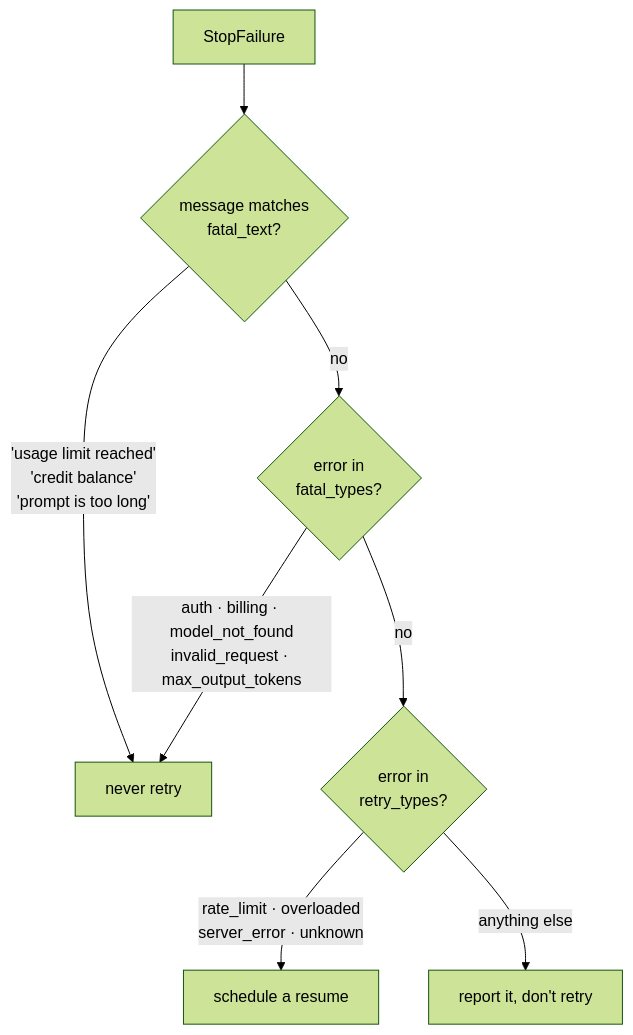
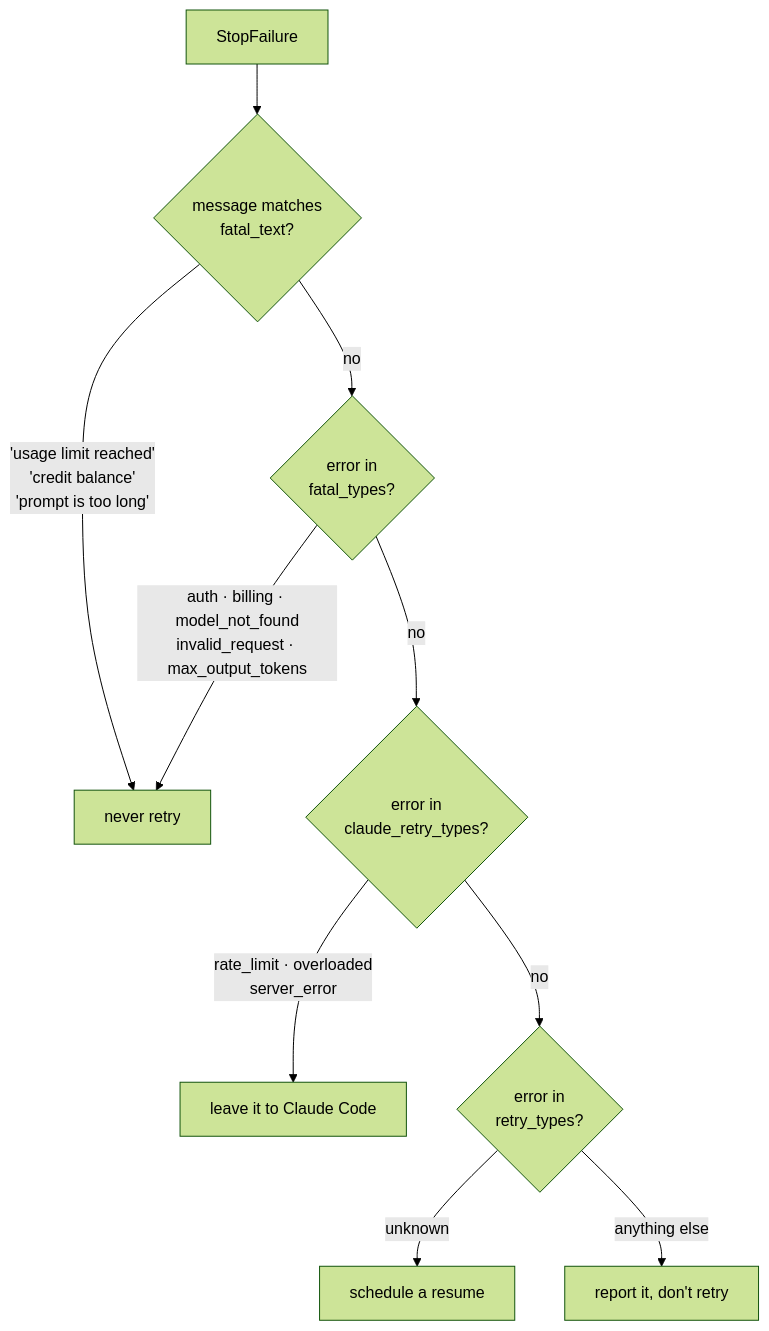
The fourth of 4 diagrams in README.md (fuadnafiz98/claude-watchdog), drawn with Mermaid (forest theme) before and after one commit. The commit also changed other lines of this file and 2 other files, not shown here.

First line of the commit message:
fix: leave to Claude Code the errors it already retries

````diff
--- a/README.md
+++ b/README.md
@@ -157,10 +157,12 @@
 ```mermaid
 flowchart TD
     E[StopFailure] --> T{message matches<br/>fatal_text?}
     T -->|"'usage limit reached'<br/>'credit balance'<br/>'prompt is too long'"| F[never retry]
     T -->|no| Y{error in<br/>fatal_types?}
     Y -->|"auth · billing · model_not_found<br/>invalid_request · max_output_tokens"| F
-    Y -->|no| R{error in<br/>retry_types?}
-    R -->|"rate_limit · overloaded<br/>server_error · unknown"| G[schedule a resume]
+    Y -->|no| C{error in<br/>claude_retry_types?}
+    C -->|"rate_limit · overloaded<br/>server_error"| L[leave it to Claude Code]
+    C -->|no| R{error in<br/>retry_types?}
+    R -->|"unknown"| G[schedule a resume]
     R -->|anything else| S[report it, don't retry]
 ```
````
